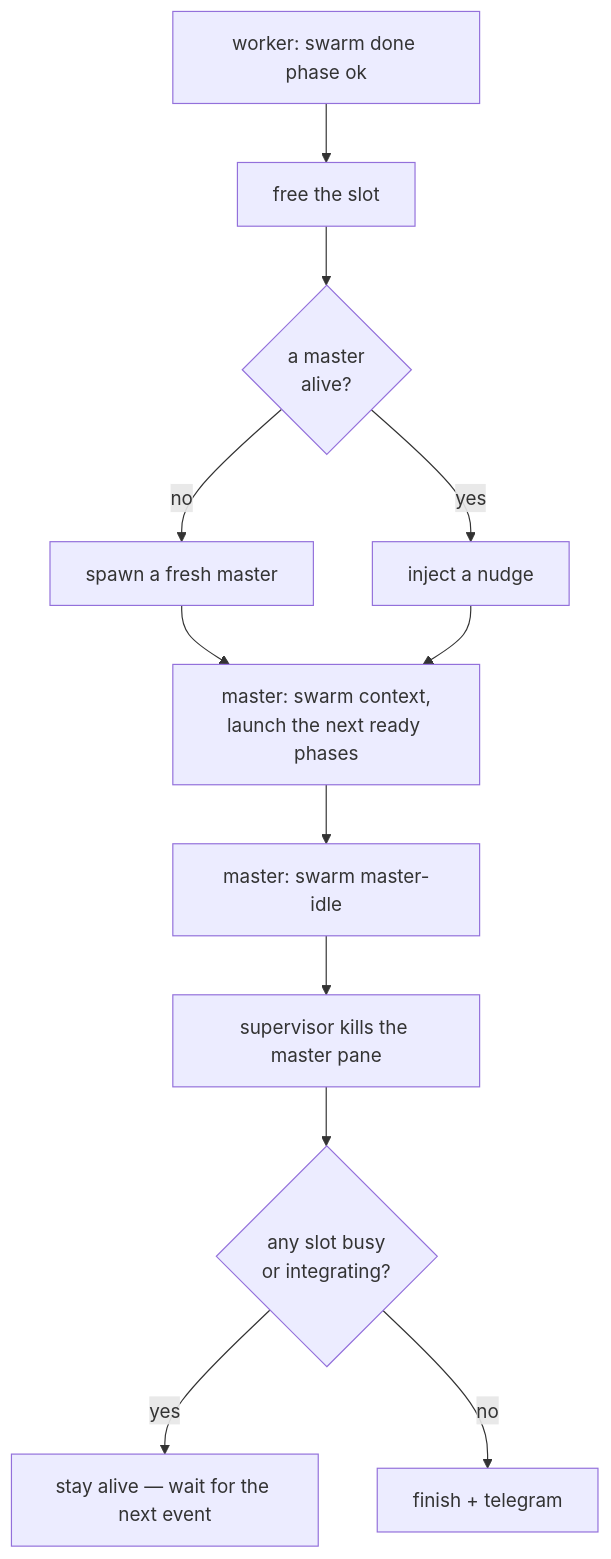
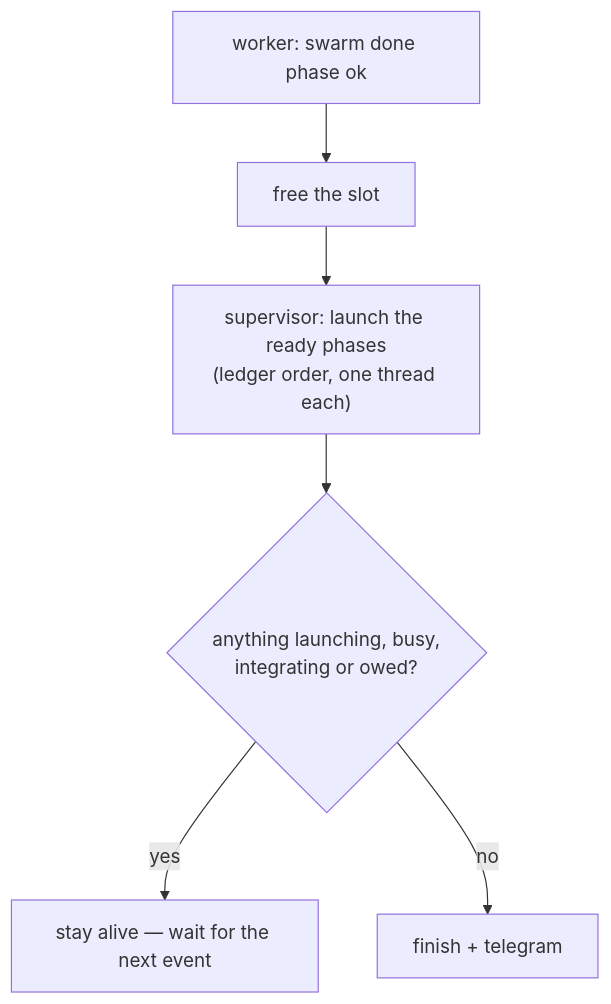
The first of 2 diagrams in README.md (sezaiarda/swarm-orchestrator), drawn with Mermaid before and after one commit. The commit also changed other lines of this file and 16 other files, not shown here.

````diff
--- a/README.md
+++ b/README.md
@@ -53,14 +54,8 @@
 ```mermaid
 flowchart TD
   D["worker: swarm done phase ok"] --> FR["free the slot"]
-  FR --> Q{"a master<br/>alive?"}
-  Q -->|no| SP["spawn a fresh master"]
-  Q -->|yes| IN["inject a nudge"]
-  SP --> LA["master: swarm context,<br/>launch the next ready phases"]
-  IN --> LA
-  LA --> ID["master: swarm master-idle"]
-  ID --> KI["supervisor kills the master pane"]
-  KI --> BQ{"any slot busy<br/>or integrating?"}
+  FR --> LA["supervisor: launch the ready phases<br/>(ledger order, one thread each)"]
+  LA --> BQ{"anything launching, busy,<br/>integrating or owed?"}
   BQ -->|yes| WA["stay alive — wait for the next event"]
   BQ -->|no| FI["finish + telegram"]
 ```
````
